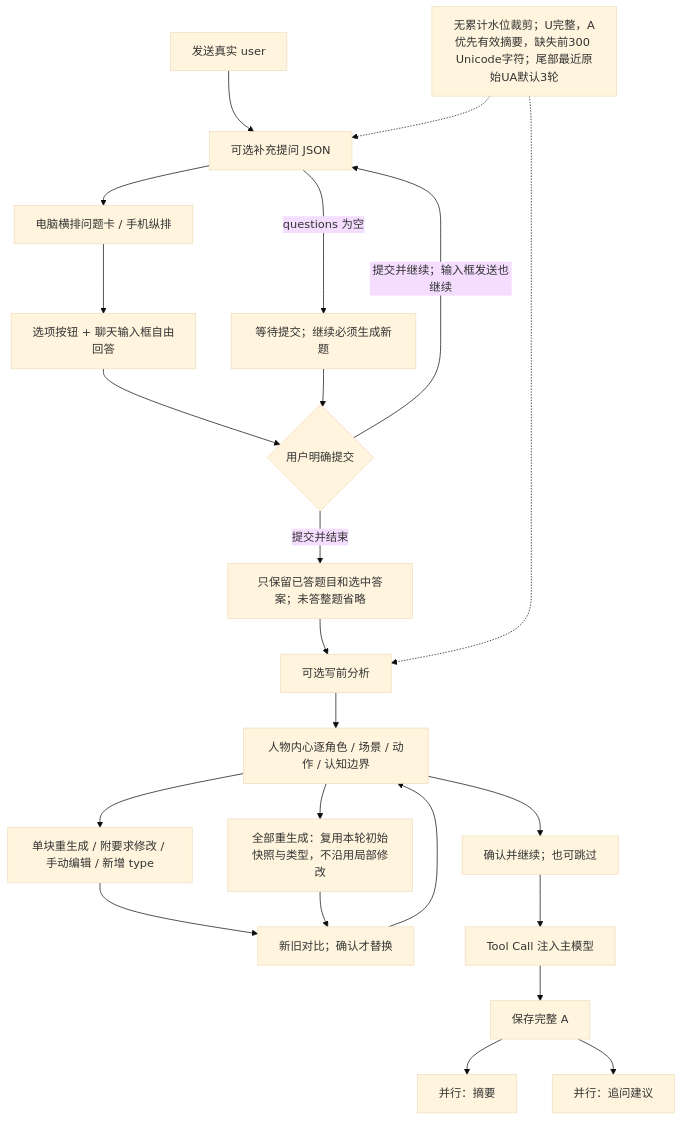
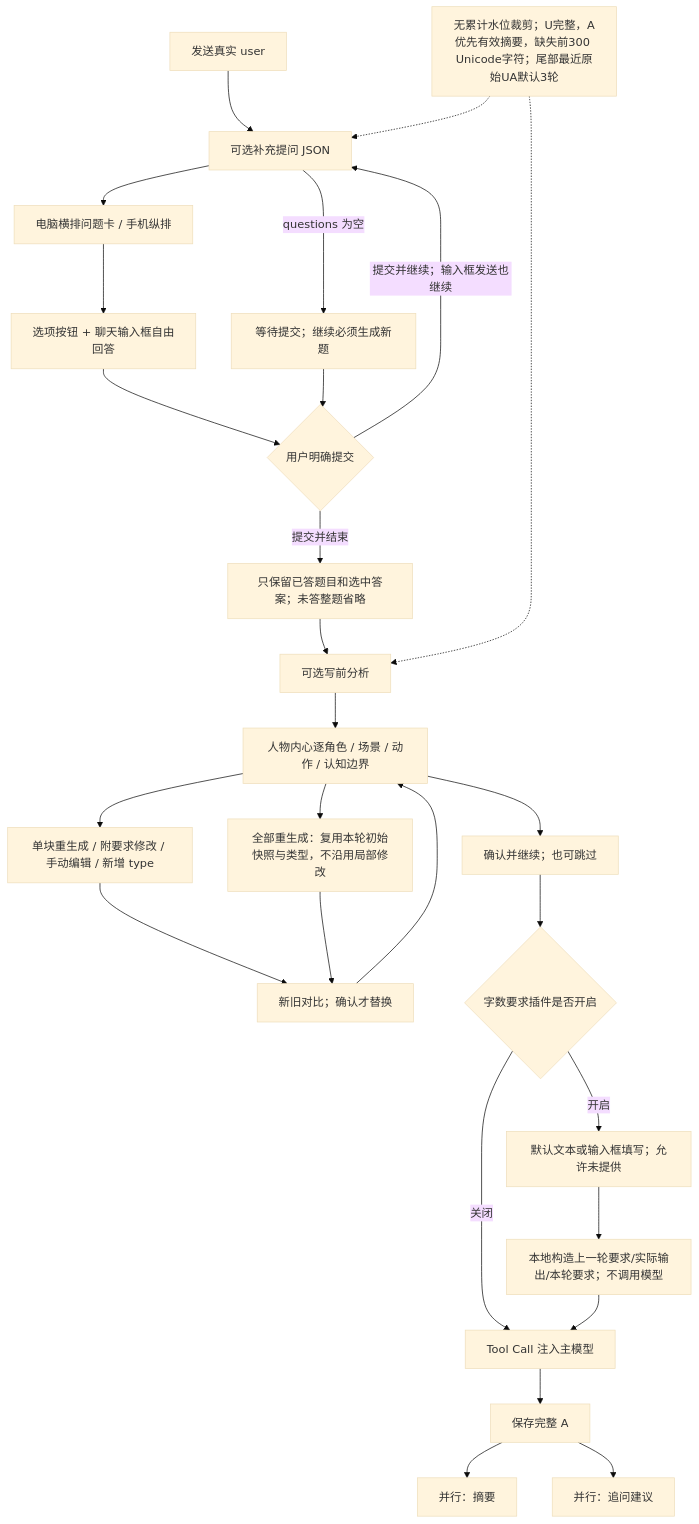
One commit to ccawmiku/workers-chat changed the first of 3 diagrams in docs/PLUGINS.md. Above: the diagram before and after it, drawn with Mermaid (base theme). The commit also changed other lines of this file and 30 other files, not shown here.

Commit message:
Polish chat panels, retain historical cache readings and add local length guidance

````diff
--- a/docs/PLUGINS.md
+++ b/docs/PLUGINS.md
@@ -7,25 +7,29 @@
 ```mermaid
 flowchart TD
   U[发送真实 user] --> C[可选补充提问 JSON]
   C --> Q[电脑横排问题卡 / 手机纵排]
   Q --> A[选项按钮 + 聊天输入框自由回答]
   A --> L{用户明确提交}
   L -->|提交并继续；输入框发送也继续| C
   L -->|提交并结束| Filter[只保留已答题目和选中答案；未答整题省略]
   Filter --> P[可选写前分析]
   C -->|questions 为空| Wait[等待提交；继续必须生成新题]
   Wait --> L
   P --> Blocks[人物内心逐角色 / 场景 / 动作 / 认知边界]
   Blocks --> Edit[单块重生成 / 附要求修改 / 手动编辑 / 新增 type]
   Edit --> Compare[新旧对比；确认才替换]
   Compare --> Blocks
   Blocks --> All[全部重生成：复用本轮初始快照与类型，不沿用局部修改]
   All --> Compare
   Blocks --> Gate[确认并继续；也可跳过]
-  Gate --> Main[Tool Call 注入主模型]
+  Gate --> Length{字数要求插件是否开启}
+  Length -->|关闭| Main[Tool Call 注入主模型]
+  Length -->|开启| Requirement[默认文本或输入框填写；允许未提供]
+  Requirement --> LocalTool[本地构造上一轮要求/实际输出/本轮要求；不调用模型]
+  LocalTool --> Main
   Main --> Saved[保存完整 A]
   Saved --> S[并行：摘要]
   Saved --> F[并行：追问建议]
   W[无累计水位裁剪；U完整，A优先有效摘要，缺失前300 Unicode字符；尾部最近原始UA默认3轮] -.-> C
   W -.-> P
 ```
````
